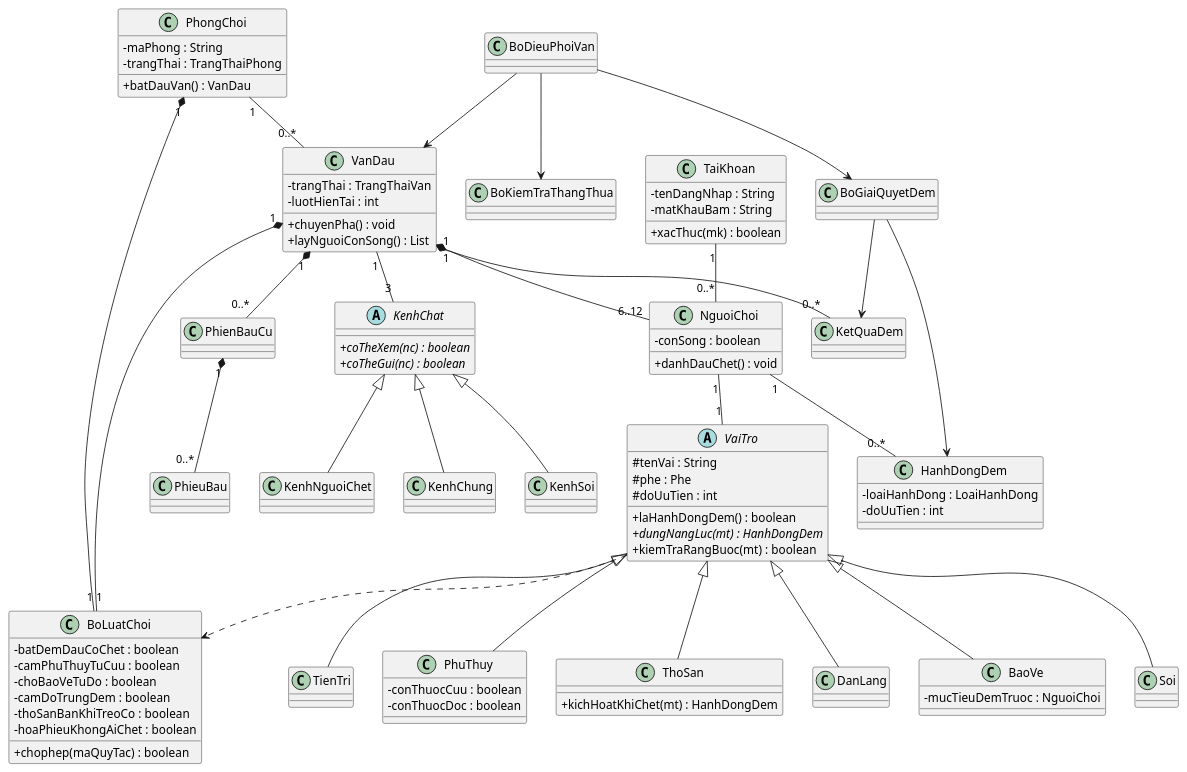
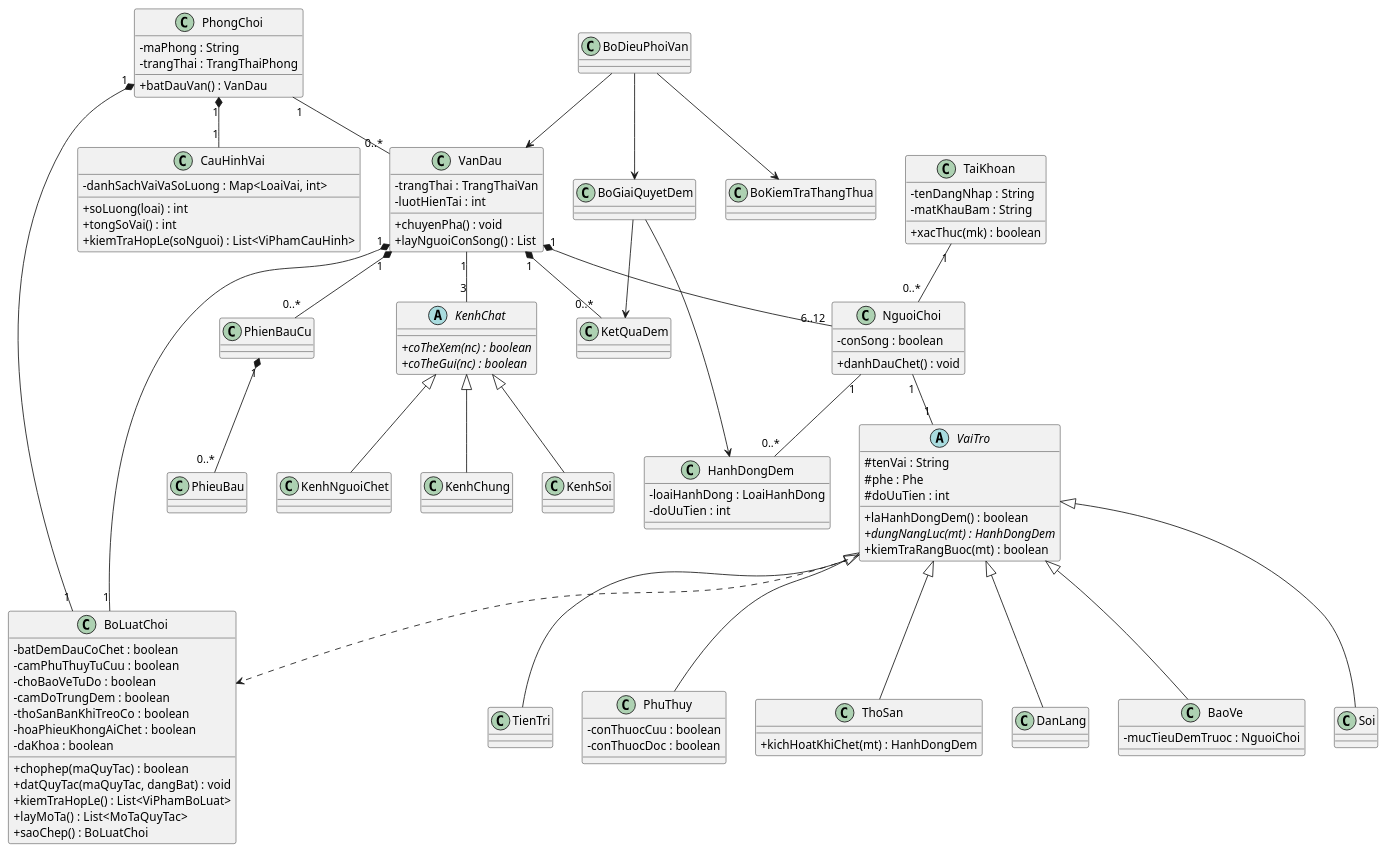
The diagram in docs/diagrams/03-class-loi.puml (AlaVox-lab/WereWolf_Game), drawn with PlantUML before and after one commit. The commit also changed 12 other files, not shown here.

First line of the commit message:
feat(domain): thêm BoLuatChoi và CauHinhVai

```diff
--- a/docs/diagrams/03-class-loi.puml
+++ b/docs/diagrams/03-class-loi.puml
@@ -3,96 +3,108 @@
 @startuml
 skinparam classAttributeIconSize 0
 abstract class VaiTro {
   # tenVai : String
   # phe : Phe
   # doUuTien : int
   + laHanhDongDem() : boolean
   + {abstract} dungNangLuc(mt) : HanhDongDem
   + kiemTraRangBuoc(mt) : boolean
 }
 class DanLang
 class BaoVe {
   - mucTieuDemTruoc : NguoiChoi
 }
 class Soi
 class TienTri
 class PhuThuy {
   - conThuocCuu : boolean
   - conThuocDoc : boolean
 }
 class ThoSan {
   + kichHoatKhiChet(mt) : HanhDongDem
 }
 VaiTro <|-- DanLang
 VaiTro <|-- BaoVe
 VaiTro <|-- Soi
 VaiTro <|-- TienTri
 VaiTro <|-- PhuThuy
 VaiTro <|-- ThoSan
 abstract class KenhChat {
   + {abstract} coTheXem(nc) : boolean
   + {abstract} coTheGui(nc) : boolean
 }
 class KenhChung
 class KenhSoi
 class KenhNguoiChet
 KenhChat <|-- KenhChung
 KenhChat <|-- KenhSoi
 KenhChat <|-- KenhNguoiChet
 class TaiKhoan {
   - tenDangNhap : String
   - matKhauBam : String
   + xacThuc(mk) : boolean
 }
 class BoLuatChoi {
   - batDemDauCoChet : boolean
   - camPhuThuyTuCuu : boolean
   - choBaoVeTuDo : boolean
   - camDoTrungDem : boolean
   - thoSanBanKhiTreoCo : boolean
   - hoaPhieuKhongAiChet : boolean
+  - daKhoa : boolean
   + chophep(maQuyTac) : boolean
+  + datQuyTac(maQuyTac, dangBat) : void
+  + kiemTraHopLe() : List<ViPhamBoLuat>
+  + layMoTa() : List<MoTaQuyTac>
+  + saoChep() : BoLuatChoi
+}
+class CauHinhVai {
+  - danhSachVaiVaSoLuong : Map<LoaiVai, int>
+  + soLuong(loai) : int
+  + tongSoVai() : int
+  + kiemTraHopLe(soNguoi) : List<ViPhamCauHinh>
 }
 class PhongChoi {
   - maPhong : String
   - trangThai : TrangThaiPhong
   + batDauVan() : VanDau
 }
 class VanDau {
   - trangThai : TrangThaiVan
   - luotHienTai : int
   + chuyenPha() : void
   + layNguoiConSong() : List
 }
 class NguoiChoi {
   - conSong : boolean
   + danhDauChet() : void
 }
 class HanhDongDem {
   - loaiHanhDong : LoaiHanhDong
   - doUuTien : int
 }
 class KetQuaDem
 class PhienBauCu
 class PhieuBau
 class BoDieuPhoiVan
 class BoGiaiQuyetDem
 class BoKiemTraThangThua
 TaiKhoan "1" -- "0..*" NguoiChoi
 PhongChoi "1" -- "0..*" VanDau
 PhongChoi "1" *-- "1" BoLuatChoi
+PhongChoi "1" *-- "1" CauHinhVai
 VanDau "1" *-- "1" BoLuatChoi
 VaiTro ..> BoLuatChoi
 VanDau "1" *-- "6..12" NguoiChoi
 NguoiChoi "1" -- "1" VaiTro
 NguoiChoi "1" -- "0..*" HanhDongDem
 VanDau "1" *-- "0..*" KetQuaDem
 VanDau "1" *-- "0..*" PhienBauCu
 PhienBauCu "1" *-- "0..*" PhieuBau
 VanDau "1" -- "3" KenhChat
 BoDieuPhoiVan --> VanDau
 BoDieuPhoiVan --> BoGiaiQuyetDem
 BoGiaiQuyetDem --> HanhDongDem
 BoGiaiQuyetDem --> KetQuaDem
 BoDieuPhoiVan --> BoKiemTraThangThua
 @enduml
```
